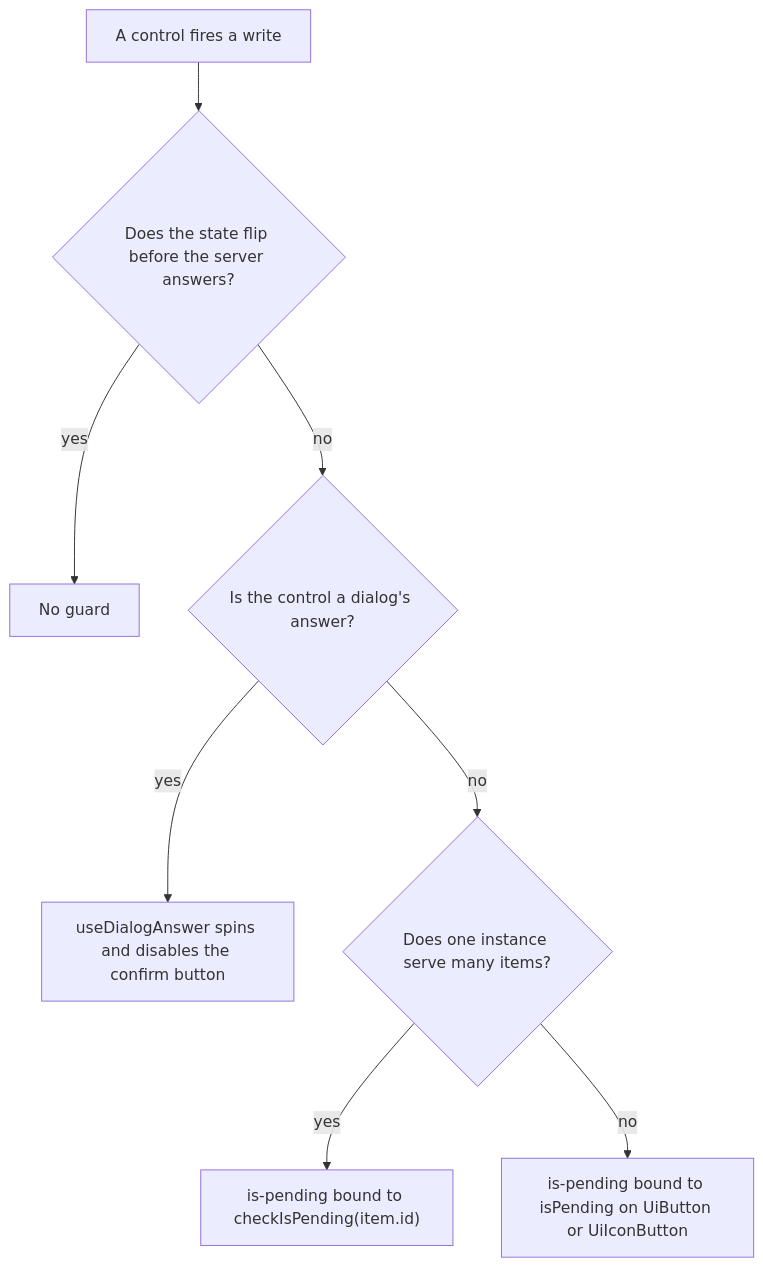
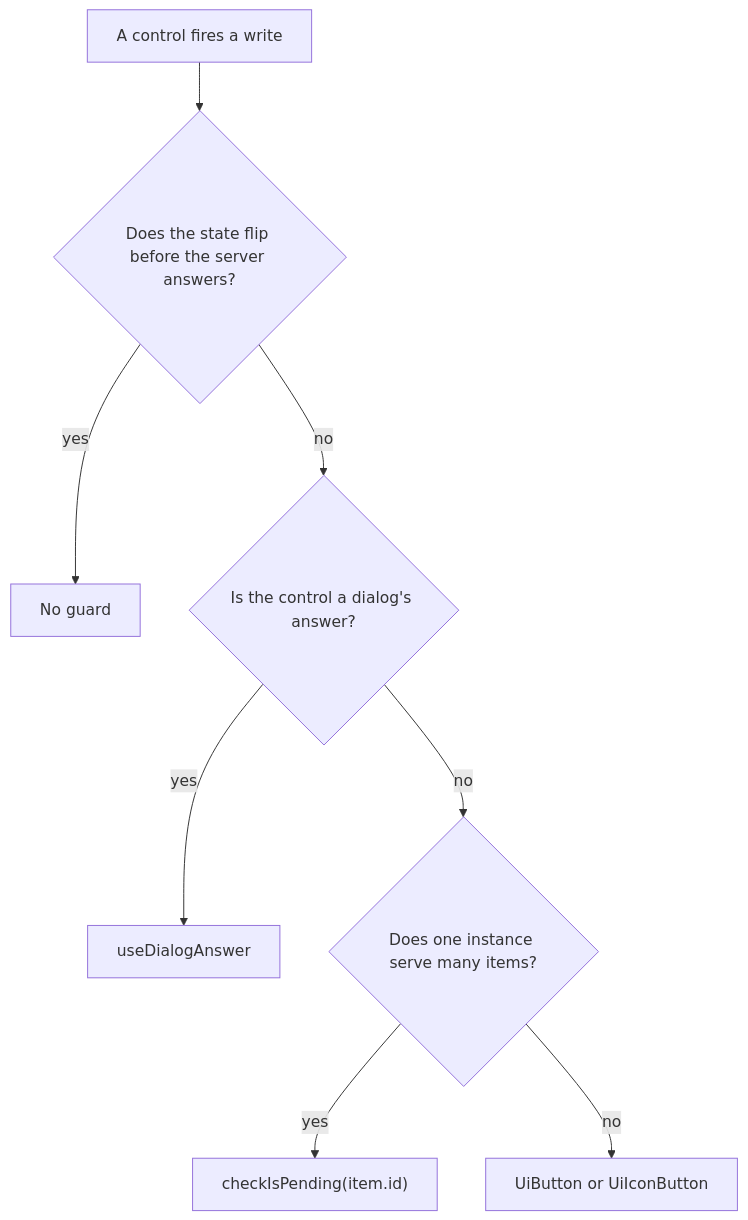
One commit to Esposter/Esposter changed the second of 2 diagrams in openspec/specs/architecture/client-data/design.md. Above: the diagram before and after it, drawn with Mermaid. The commit also changed other lines of this file and 6 other files, not shown here.

````diff
--- a/openspec/specs/architecture/client-data/design.md
+++ b/openspec/specs/architecture/client-data/design.md
@@ -97,10 +97,10 @@
 ```mermaid
 flowchart TD
   write[A control fires a write] --> optimistic{Does the state flip before the server answers?}
   optimistic -->|yes| none[No guard]
   optimistic -->|no| dialog{Is the control a dialog's answer?}
-  dialog -->|yes| answer[useDialogAnswer spins and disables the confirm button]
+  dialog -->|yes| answer[useDialogAnswer]
   dialog -->|no| item{Does one instance serve many items?}
-  item -->|yes| key["is-pending bound to checkIsPending(item.id)"]
-  item -->|no| button["is-pending bound to isPending on UiButton or UiIconButton"]
+  item -->|yes| key["checkIsPending(item.id)"]
+  item -->|no| button["UiButton or UiIconButton"]
 ```
````
